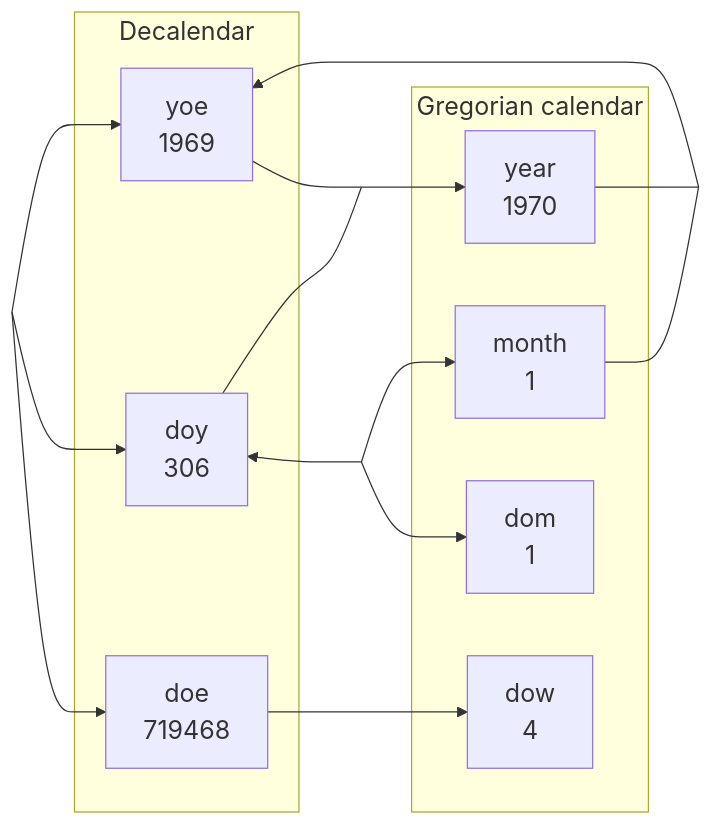
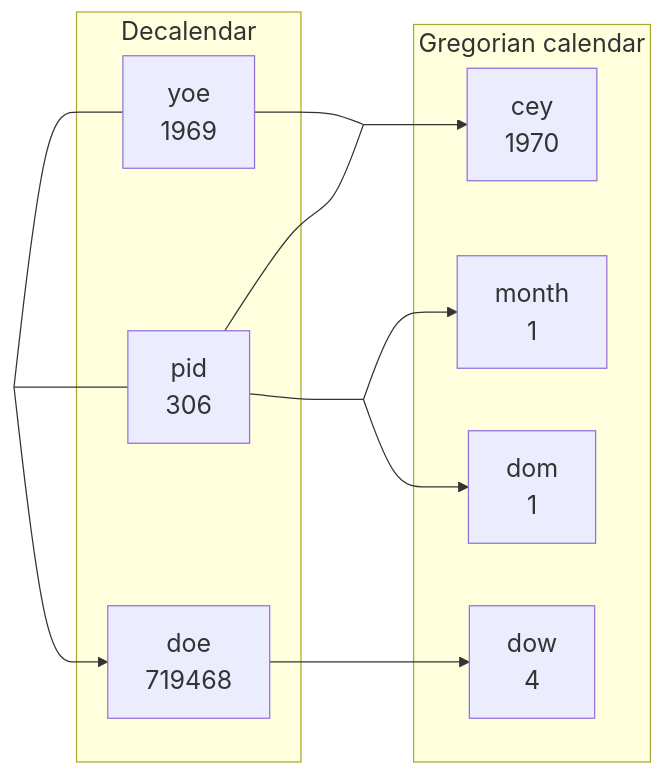
Before and after one commit to maptv/maptv.github.io: the seventh of 7 diagrams in dec/date/index.qmd, drawn with Mermaid. The commit also changed other lines of this file and 1 other file, not shown here.

Commit message:
Changed files: dec/date/index.qmd git/index_files/figure-commonmark/mermaid-figure-2.png

````diff
--- a/dec/date/index.qmd
+++ b/dec/date/index.qmd
@@ -709,43 +713,36 @@
 ```{mermaid}
 %%{init: {'theme': 'default', 'themeVariables': { 'fontSize': '20px'}}}%%
 flowchart LR
-   L~~~Y
-   L-->Y
-   L-->D
+   L[  ]:::empty
+   B[  ]:::empty
+   A[  ]:::empty
+   L---Y
+   L---D
    L-->E
-   R-->Y
-   M---R[  ]:::empty
    D---A
-   D~~~B[  ]:::empty
+   D---B
    A-->G
-   G---R
-   Y~~~L[  ]:::empty
-   Y---A[  ]:::empty
-   Y~~~A
+   Y---A
    B-->M
-   B~~~N
    B-->N
-   B-->D
-   B~~~D
-   N~~~B
    E-->W
    subgraph decdate[Decalendar]
    Y[yoe<br>1969]
-   D[doy<br>306]
+   D[pid<br>306]
    E[doe<br>719468]
    end
    subgraph gregdate[Gregorian calendar]
    W[dow<br>4]
-   G[year<br>1970]
+   G[cey<br>1970]
    M[month<br>1]
    N[dom<br>1]
    end
    classDef empty width:0px;
    click E "#doe"
    click W "#dow"
    click Y "#yoe"
    click D "#doy"
    click G "#eya"
    click M "#moy"
    click N "#dom"
 ```
````
